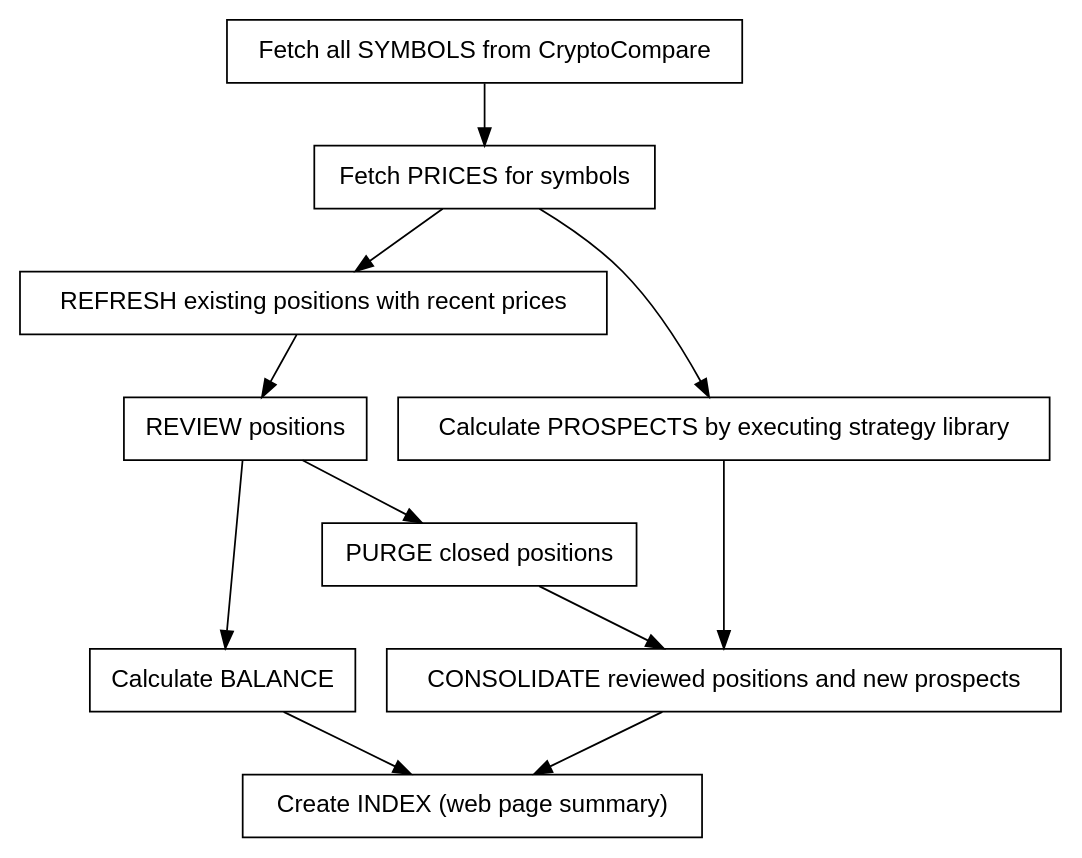
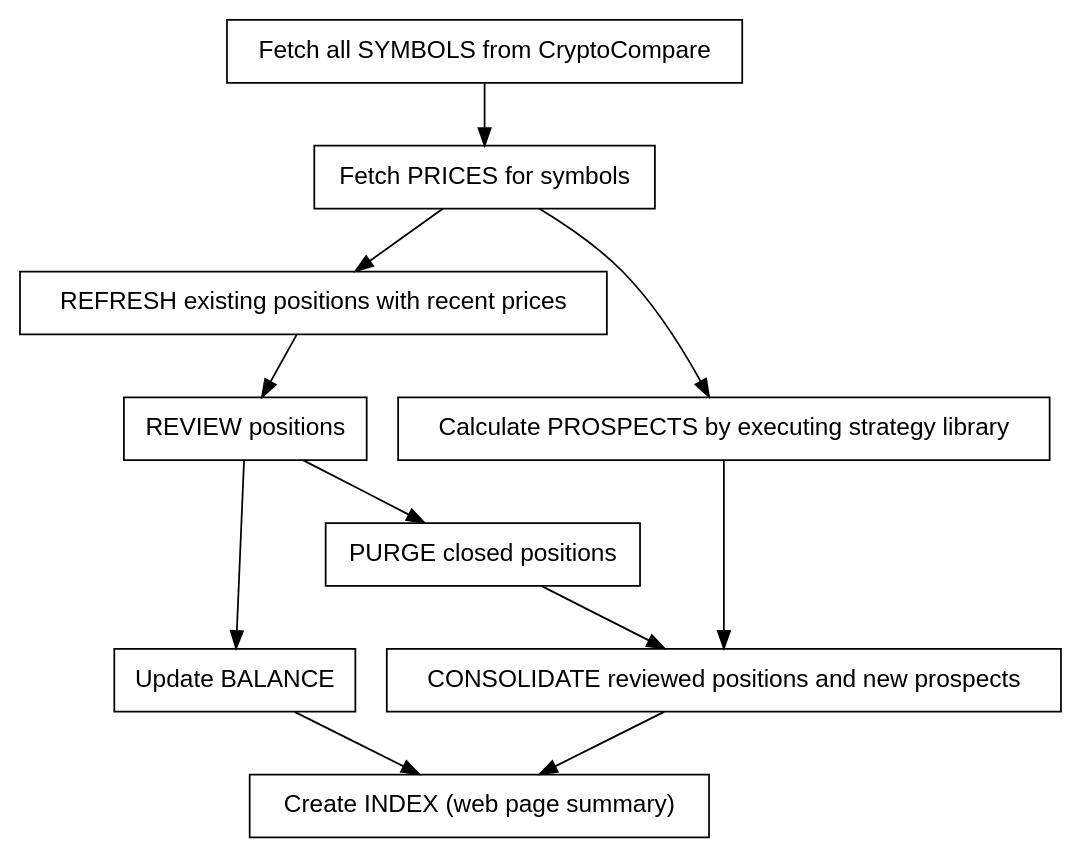
The diagram in doc/handt.dot (deanturpin/handt), drawn with Graphviz before and after one commit. The commit also changed 7 other files, not shown here.

Commit message:
Calculate balance module - closes #105

```diff
--- a/doc/handt.dot
+++ b/doc/handt.dot
@@ -1,31 +1,31 @@
 digraph {
 
   node [fontname=Helvetica shape=box]
 
   review [label="REVIEW positions"]
   purge [label="PURGE closed positions"]
   consolidate [label="CONSOLIDATE reviewed positions and new prospects"]
-  balance [label="Calculate BALANCE"]
+  balance [label="Update BALANCE"]
   index [label="Create INDEX (web page summary)"]
   refresh [label= "REFRESH existing positions with recent prices"]
 
   "Fetch all SYMBOLS from CryptoCompare"
     -> "Fetch PRICES for symbols"
     -> refresh
     -> review
 
   "Fetch PRICES for symbols"
     -> "Calculate PROSPECTS by executing strategy library"
     -> consolidate
 
   // Consolidate takes review and new
   review
     -> purge
     -> consolidate
     -> index
 
   // Balance calculation
   review
     -> balance
     -> index
 }
```
